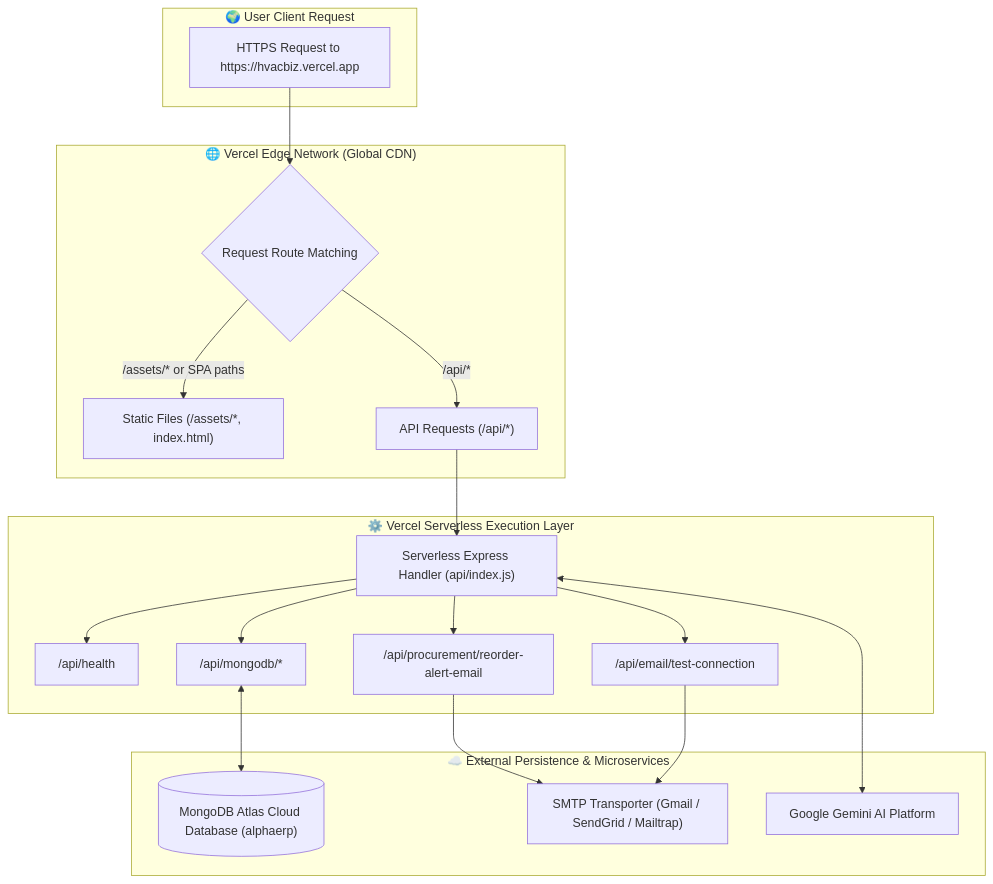
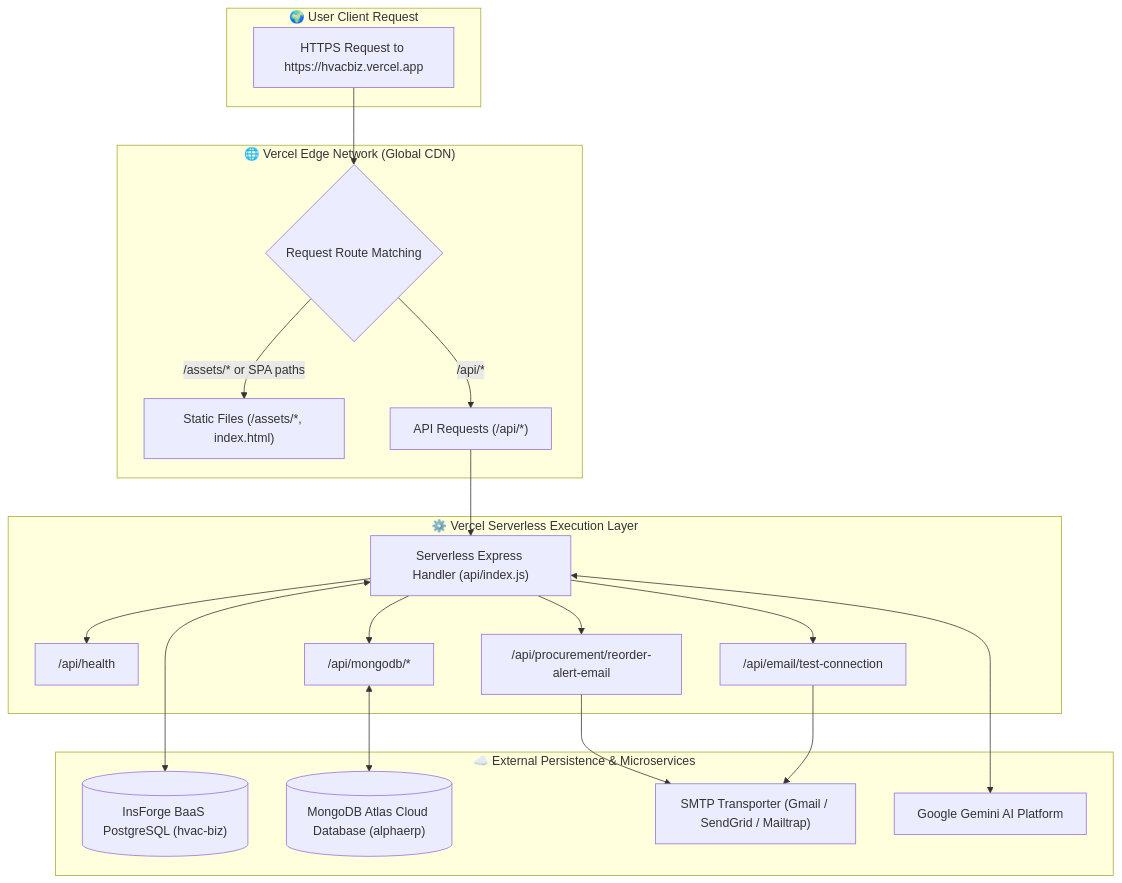
One commit to shivenkg/AlphaERP-V1 changed the diagram in VERCEL_DEPLOYMENT_GUIDE.md. Above: the diagram before and after it, drawn with Mermaid. The commit also changed other lines of this file and 23 other files, not shown here.

````diff
--- a/VERCEL_DEPLOYMENT_GUIDE.md
+++ b/VERCEL_DEPLOYMENT_GUIDE.md
@@ -14,40 +16,42 @@
 ```mermaid
 flowchart TD
     subgraph Client["🌍 User Client Request"]
         Request["HTTPS Request to https://hvacbiz.vercel.app"]
     end
 
     subgraph VercelEdge["🌐 Vercel Edge Network (Global CDN)"]
         Router{"Request Route Matching"}
         StaticAssets["Static Files (/assets/*, index.html)"]
         APIRoute["API Requests (/api/*)"]
     end
 
     subgraph ServerlessCompute["⚙️ Vercel Serverless Execution Layer"]
         Function["Serverless Express Handler (api/index.js)"]
         HealthRoute["/api/health"]
         ProcureRoute["/api/procurement/reorder-alert-email"]
         EmailTestRoute["/api/email/test-connection"]
         MongoRoutes["/api/mongodb/*"]
         
         Function --> HealthRoute
         Function --> ProcureRoute
         Function --> EmailTestRoute
         Function --> MongoRoutes
     end
 
     subgraph CloudPersistence["☁️ External Persistence & Microservices"]
+        InsForgeBaaS[("InsForge BaaS PostgreSQL (hvac-biz)")]
         MongoDB[("MongoDB Atlas Cloud Database (alphaerp)")]
         SMTP["SMTP Transporter (Gmail / SendGrid / Mailtrap)"]
         GeminiAPI["Google Gemini AI Platform"]
     end
 
     Request --> Router
     Router -- "/assets/* or SPA paths" --> StaticAssets
     Router -- "/api/*" --> APIRoute
     APIRoute --> Function
+    Function <--> InsForgeBaaS
     MongoRoutes <--> MongoDB
     ProcureRoute --> SMTP
     EmailTestRoute --> SMTP
     Function <--> GeminiAPI
 ```
````
